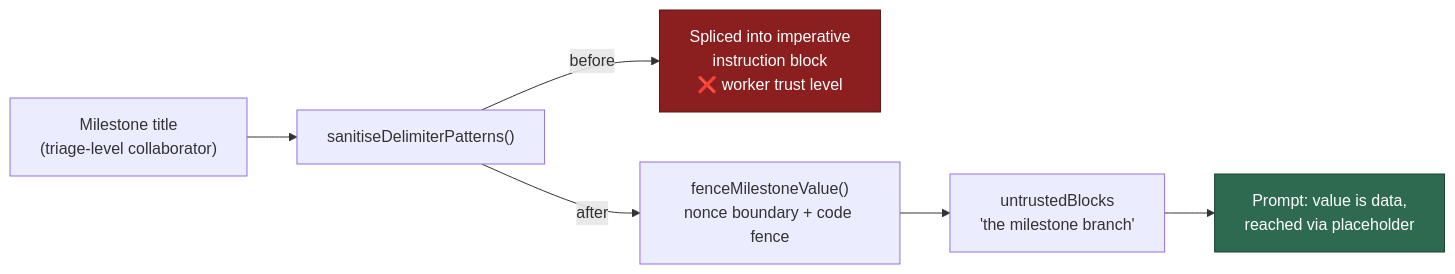
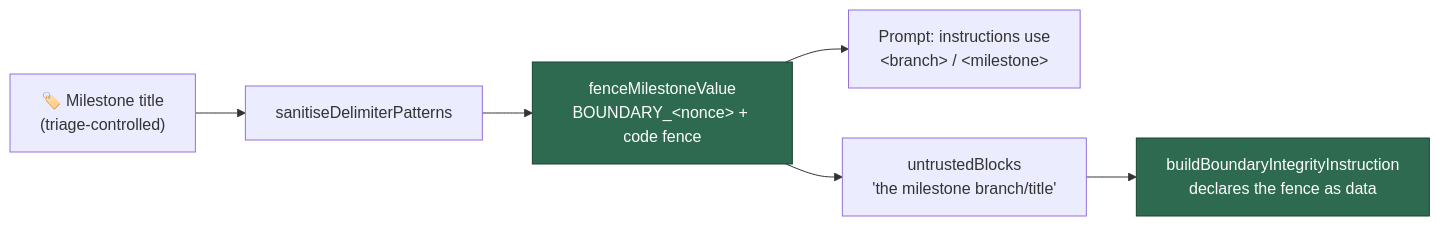
Before and after one commit to stSoftwareAU/VibeCoder: the diagram in docs/archive/pr-summaries/pr-summary-16.md, drawn with Mermaid. The commit also changed other lines of this file and 5 other files, not shown here.

First line of the commit message:
Fence milestone branch/title as untrusted content (Issue #16)

````diff
--- a/docs/archive/pr-summaries/pr-summary-16.md
+++ b/docs/archive/pr-summaries/pr-summary-16.md
@@ -59,10 +66,10 @@
 ```mermaid
 flowchart LR
-    M["Milestone title<br/>(triage-level collaborator)"] --> S["sanitiseDelimiterPatterns()"]
-    S -->|before| I["Spliced into imperative<br/>instruction block<br/>❌ worker trust level"]
-    S -->|after| F["fenceMilestoneValue()<br/>nonce boundary + code fence"]
-    F --> B["untrustedBlocks<br/>'the milestone branch'"]
-    B --> P["Prompt: value is data,<br/>reached via placeholder"]
-    style I fill:#8b1e1e,stroke:#5c1313,color:#fff
-    style P fill:#2d6a4f,stroke:#1b4332,color:#fff
+    M["🏷️ Milestone title<br/>(triage-controlled)"] --> S["sanitiseDelimiterPatterns"]
+    S --> F["fenceMilestoneValue<br/>BOUNDARY_&lt;nonce&gt; + code fence"]
+    F --> P["Prompt: instructions use<br/>&lt;branch&gt; / &lt;milestone&gt;"]
+    F --> U["untrustedBlocks<br/>'the milestone branch/title'"]
+    U --> B["buildBoundaryIntegrityInstruction<br/>declares the fence as data"]
+    style F fill:#2d6a4f,stroke:#1b4332,color:#fff
+    style B fill:#2d6a4f,stroke:#1b4332,color:#fff
 ```
````
